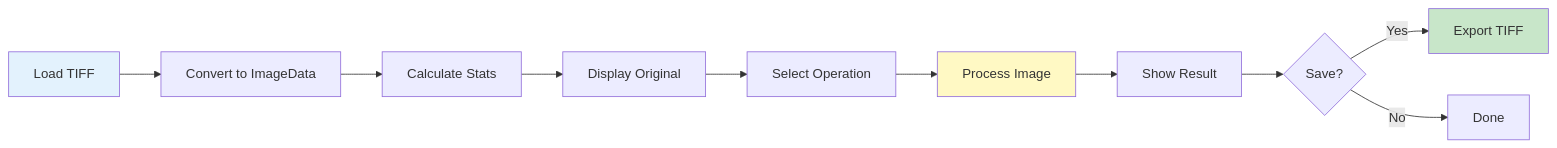
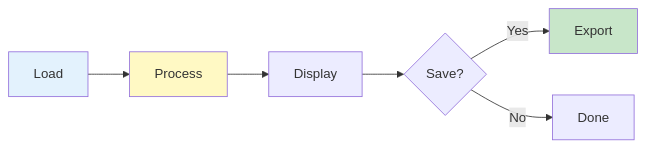
Before and after one commit to Anoopa-kedila/ImageReviewer: the tenth of 10 diagrams in ARCHITECTURE.md, drawn with Mermaid. The commit also changed other lines of this file, not shown here.

First line of the commit message:
Simplify diagrams to look more human-made

````diff
--- a/ARCHITECTURE.md
+++ b/ARCHITECTURE.md
@@ -351,16 +277,12 @@
 ```mermaid
 flowchart LR
-    Load[Load TIFF] --> Convert[Convert to ImageData]
-    Convert --> Stats[Calculate Stats]
-    Stats --> Display[Display Original]
-    Display --> Select[Select Operation]
-    Select --> Process[Process Image]
-    Process --> Show[Show Result]
-    Show --> Save{Save?}
-    Save -->|Yes| Export[Export TIFF]
-    Save -->|No| Done[Done]
+    A[Load] --> B[Process]
+    B --> C[Display]
+    C --> D{Save?}
+    D -->|Yes| E[Export]
+    D -->|No| F[Done]
 
-    style Load fill:#e3f2fd
-    style Process fill:#fff9c4
-    style Export fill:#c8e6c9
+    style A fill:#e3f2fd
+    style B fill:#fff9c4
+    style E fill:#c8e6c9
 ```
````
